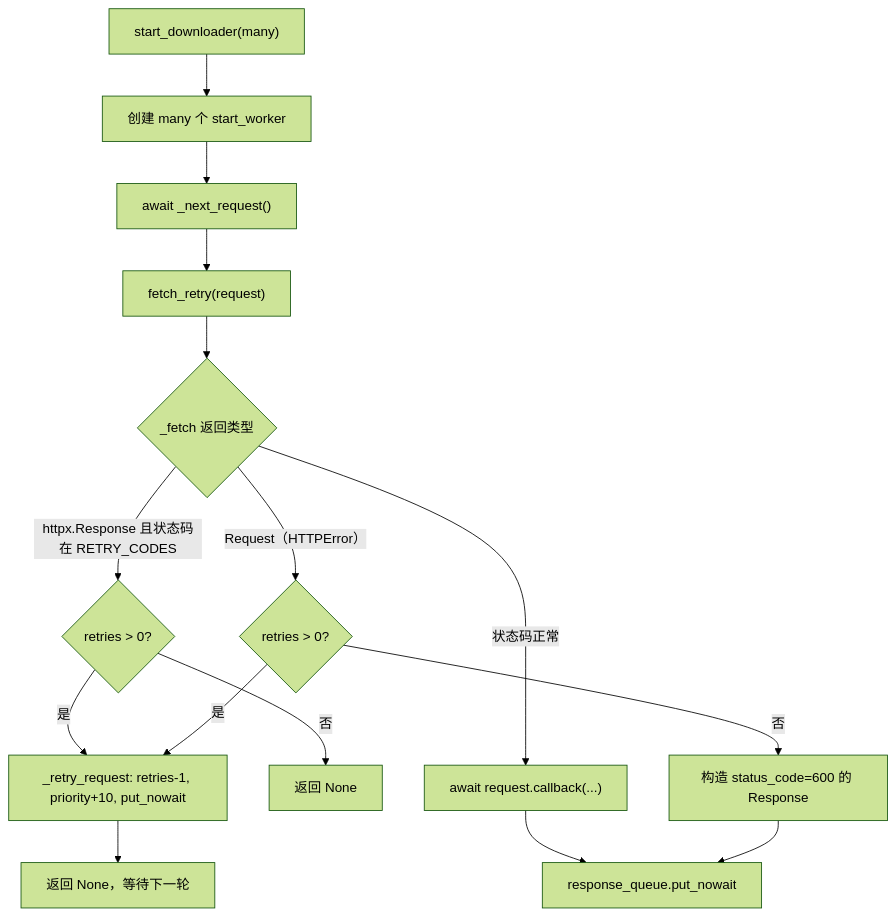
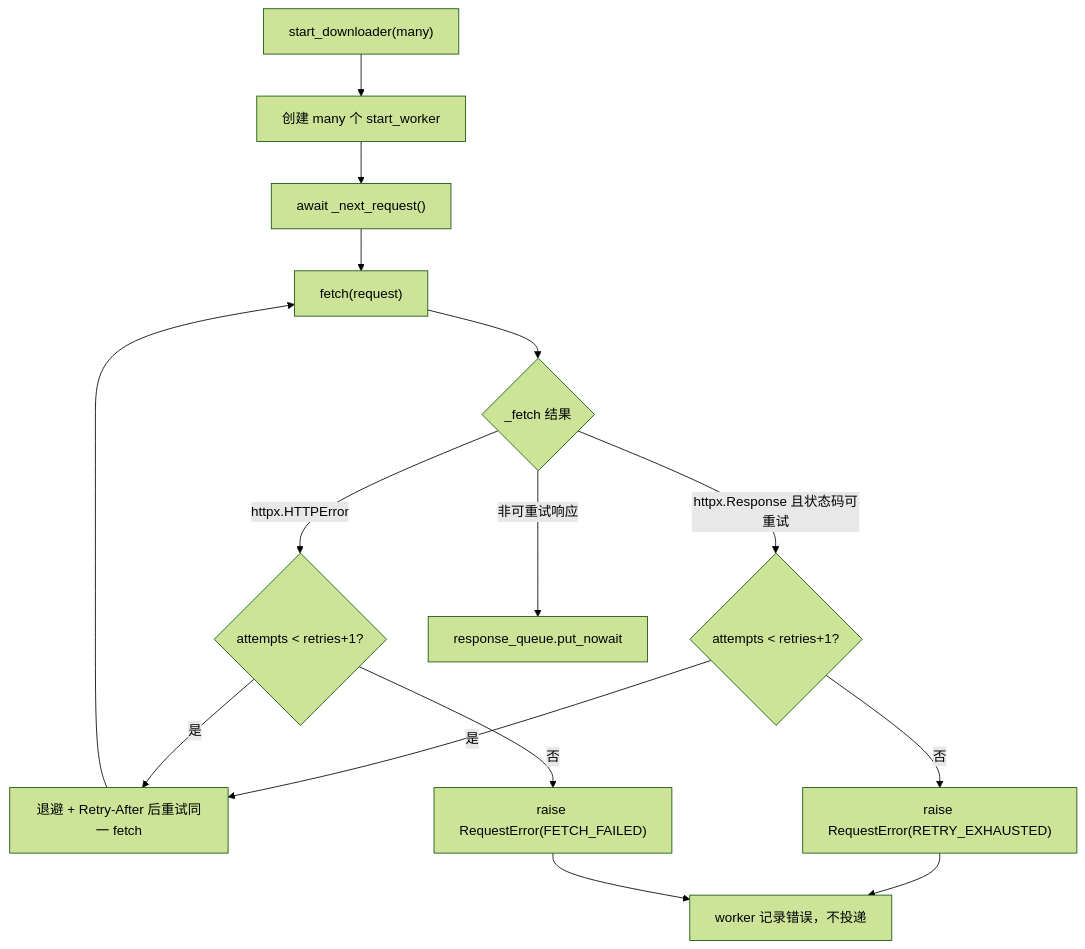
Before and after one commit to fengqimin/WebAnts: the third of 3 diagrams in docs/wiki/01-architecture.md, drawn with Mermaid (forest theme). The commit also changed other lines of this file and 7 other files, not shown here.

````diff
--- a/docs/wiki/01-architecture.md
+++ b/docs/wiki/01-architecture.md
@@ -91,17 +96,17 @@
 ```mermaid
 flowchart TD
     A["start_downloader(many)"] --> B["创建 many 个 start_worker"]
     B --> C["await _next_request()"]
-    C --> D["fetch_retry(request)"]
-    D --> E{"_fetch 返回类型"}
-    E -- "httpx.Response 且状态码在 RETRY_CODES" --> F{"retries > 0?"}
-    F -- 是 --> G["_retry_request: retries-1, priority+10, put_nowait"]
-    G --> H["返回 None，等待下一轮"]
-    F -- 否 --> I["返回 None"]
-    E -- "状态码正常" --> J["await request.callback(...)"]
-    E -- "Request（HTTPError）" --> K{"retries > 0?"}
+    C --> D["fetch(request)"]
+    D --> E{"_fetch 结果"}
+    E -- "httpx.Response 且状态码可重试" --> F{"attempts &lt; retries+1?"}
+    F -- 是 --> G["退避 + Retry-After 后重试同一 fetch"]
+    G --> D
+    F -- 否 --> H["raise RequestError(RETRY_EXHAUSTED)"]
+    E -- "httpx.HTTPError" --> K{"attempts &lt; retries+1?"}
     K -- 是 --> G
-    K -- 否 --> L["构造 status_code=600 的 Response"]
-    J --> M["response_queue.put_nowait"]
-    L --> M
+    K -- 否 --> L["raise RequestError(FETCH_FAILED)"]
+    E -- "非可重试响应" --> M["response_queue.put_nowait"]
+    H --> N["worker 记录错误，不投递"]
+    L --> N
 ```
````
